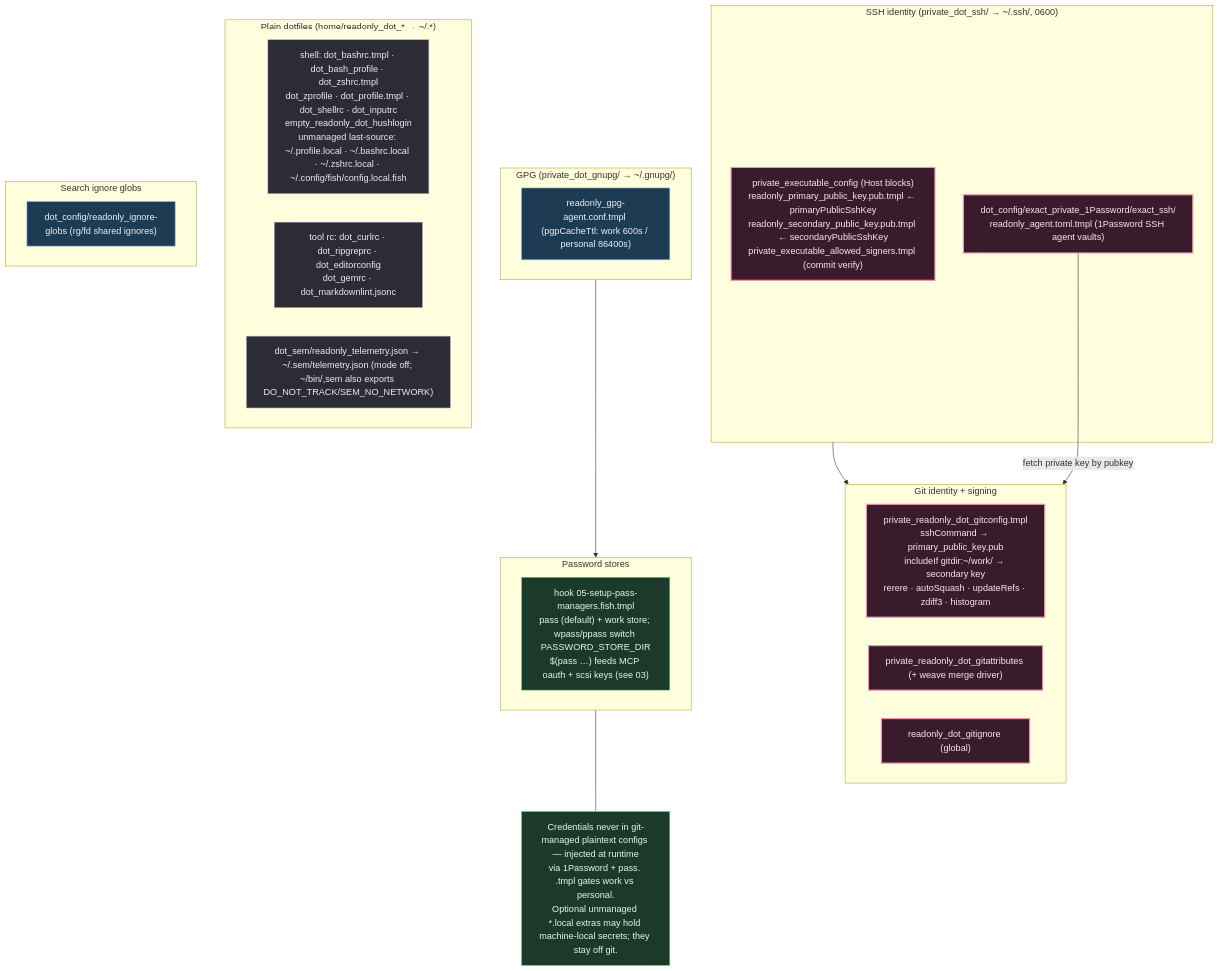
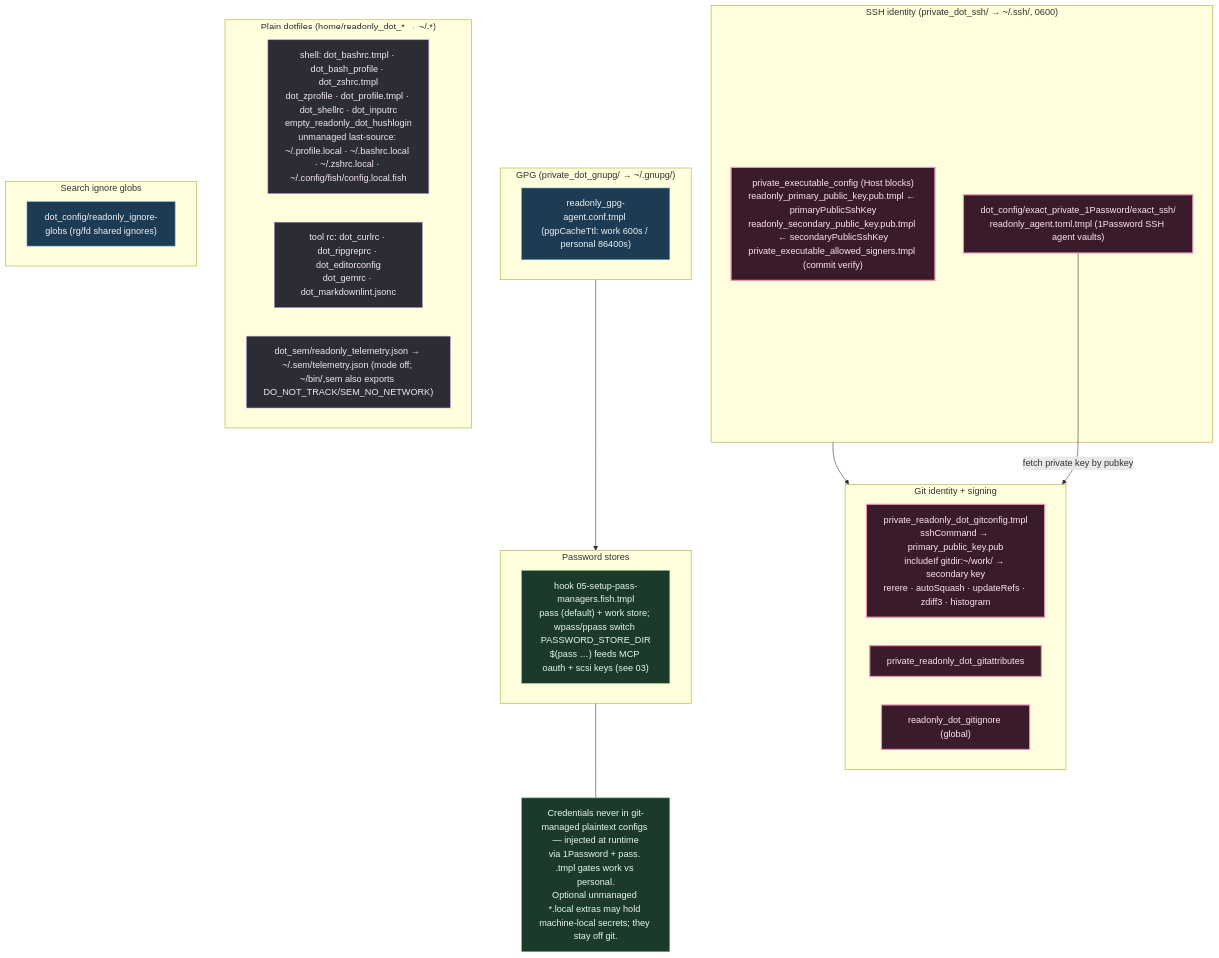
Before and after one commit to kapral18/dotfiles: the diagram in .mermaids/08-security-and-dotfiles.mmd, drawn with Mermaid. The commit also changed 19 other files, not shown here.

First line of the commit message:
chore(weave): remove weave semantic merge tooling

```diff
--- a/.mermaids/08-security-and-dotfiles.mmd
+++ b/.mermaids/08-security-and-dotfiles.mmd
@@ -1,45 +1,45 @@
 %% ============================================================================
 %% 08-security-and-dotfiles.mmd — Identity, secrets, signing, and the plain
 %% dotfiles (rc files) deployed to $HOME. private_ = 0600; .pub keys are
 %% templated from init prompts. No private keys ever on disk (1Password agent).
 %% ============================================================================
 flowchart TB
     classDef id fill:#3a1b2b,stroke:#f48fb1,color:#fce4ec,stroke-width:2px;
     classDef sec fill:#1d3b53,stroke:#7fb3d5,color:#eaf2f8;
     classDef rc fill:#2c2c34,stroke:#b39ddb,color:#f3e5f5;
     classDef pass fill:#1b3a2b,stroke:#81c784,color:#e8f5e9;
 
     subgraph SSH["SSH identity (private_dot_ssh/ → ~/.ssh/, 0600)"]
         CFG["private_executable_config (Host blocks)<br/>readonly_primary_public_key.pub.tmpl ← primaryPublicSshKey<br/>readonly_secondary_public_key.pub.tmpl ← secondaryPublicSshKey<br/>private_executable_allowed_signers.tmpl (commit verify)"]:::id
         OPAGENT["dot_config/exact_private_1Password/exact_ssh/<br/>readonly_agent.toml.tmpl (1Password SSH agent vaults)"]:::id
     end
 
     subgraph GIT["Git identity + signing"]
         GC["private_readonly_dot_gitconfig.tmpl<br/>sshCommand → primary_public_key.pub<br/>includeIf gitdir:~/work/ → secondary key<br/>rerere · autoSquash · updateRefs · zdiff3 · histogram"]:::id
-        GA["private_readonly_dot_gitattributes (+ weave merge driver)"]:::id
+        GA["private_readonly_dot_gitattributes"]:::id
         GI["readonly_dot_gitignore (global)"]:::id
     end
     SSH --> GIT
     OPAGENT -->|fetch private key by pubkey| GIT
 
     subgraph GPG["GPG (private_dot_gnupg/ → ~/.gnupg/)"]
         GAG["readonly_gpg-agent.conf.tmpl (pgpCacheTtl: work 600s / personal 86400s)"]:::sec
     end
 
     subgraph PASS["Password stores"]
         PM["hook 05-setup-pass-managers.fish.tmpl<br/>pass (default) + work store; wpass/ppass switch PASSWORD_STORE_DIR<br/>$(pass …) feeds MCP oauth + scsi keys (see 03)"]:::pass
     end
     GPG --> PASS
 
     subgraph RCFILES["Plain dotfiles (home/readonly_dot_* → ~/.*)"]
         SH["shell: dot_bashrc.tmpl · dot_bash_profile · dot_zshrc.tmpl<br/>dot_zprofile · dot_profile.tmpl · dot_shellrc · dot_inputrc<br/>empty_readonly_dot_hushlogin<br/>unmanaged last-source: ~/.profile.local · ~/.bashrc.local · ~/.zshrc.local · ~/.config/fish/config.local.fish"]:::rc
         TOOLRC["tool rc: dot_curlrc · dot_ripgreprc · dot_editorconfig<br/>dot_gemrc · dot_markdownlint.jsonc"]:::rc
         SEMRC["dot_sem/readonly_telemetry.json → ~/.sem/telemetry.json (mode off; ~/bin/,sem also exports DO_NOT_TRACK/SEM_NO_NETWORK)"]:::rc
     end
 
     subgraph IGNGLOB["Search ignore globs"]
         IG["dot_config/readonly_ignore-globs (rg/fd shared ignores)"]:::sec
     end
 
     NOTE["Credentials never in git-managed plaintext configs — injected at runtime<br/>via 1Password + pass. .tmpl gates work vs personal.<br/>Optional unmanaged *.local extras may hold machine-local secrets; they stay off git."]:::pass
     PASS --- NOTE
```
